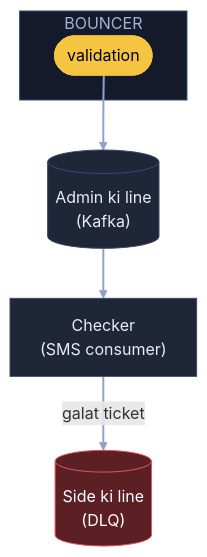
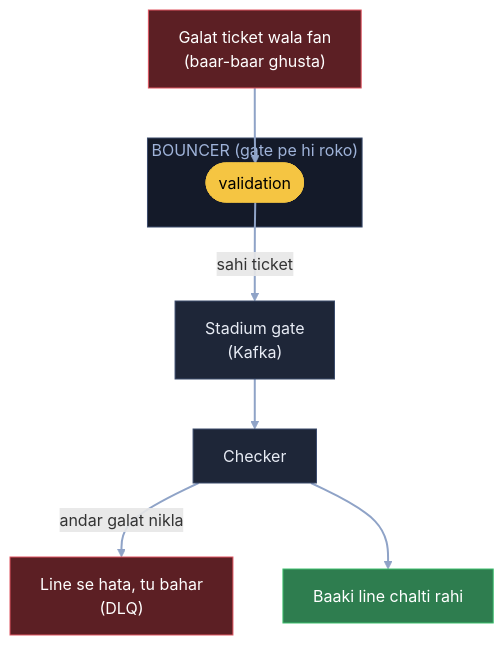
The eighth of 10 diagrams in 04_HLD/SYSTEM_DESIGNS/12_message_queue_kafka/12_message_queue_kafka.md (ArpanMaheshwari144/Prep), drawn with Mermaid before and after one commit. The commit also changed other lines of this file, not shown here.

Commit message:
Kafka: 10 diagram stadium kahani (hand notes) se; runner / order cancel / min.insync / 5000 fan jaisi apni jodi baatein hatai, K6 pehli soch wapas

````diff
--- a/04_HLD/SYSTEM_DESIGNS/12_message_queue_kafka/12_message_queue_kafka.md
+++ b/04_HLD/SYSTEM_DESIGNS/12_message_queue_kafka/12_message_queue_kafka.md
@@ -258,18 +274,22 @@
 ```mermaid
 flowchart TB
-    subgraph BN["BOUNCER"]
+    F["Galat ticket wala fan<br/>(baar-baar ghusta)"]:::bad
+    subgraph BN["BOUNCER (gate pe hi roko)"]
         B(["validation"]):::pill
     end
-    K[("Admin ki line<br/>(Kafka)")]:::card
-    C["Checker<br/>(SMS consumer)"]:::card
-    D[("Side ki line<br/>(DLQ)")]:::bad
-    B --> K
+    K["Stadium gate<br/>(Kafka)"]:::card
+    C["Checker"]:::card
+    D["Line se hata, tu bahar<br/>(DLQ)"]:::bad
+    OK["Baaki line chalti rahi"]:::good
+    F --> B
+    B -- "sahi ticket" --> K
     K --> C
-    C -- "galat ticket" --> D
+    C -- "andar galat nikla" --> D
+    C --> OK
     linkStyle default stroke:#8fa3c7,stroke-width:2px
     classDef card fill:#1e2638,stroke:#3a4a6b,color:#e8ecf5
     classDef pill fill:#f5c542,stroke:#f5c542,color:#000
     classDef good fill:#2e7d4f,stroke:#3fbf6f,color:#fff
     classDef bad fill:#5c1f24,stroke:#e05561,color:#fff
     style BN fill:#141a29,stroke:#3a4a6b,color:#9fb3d9
 ```
````
